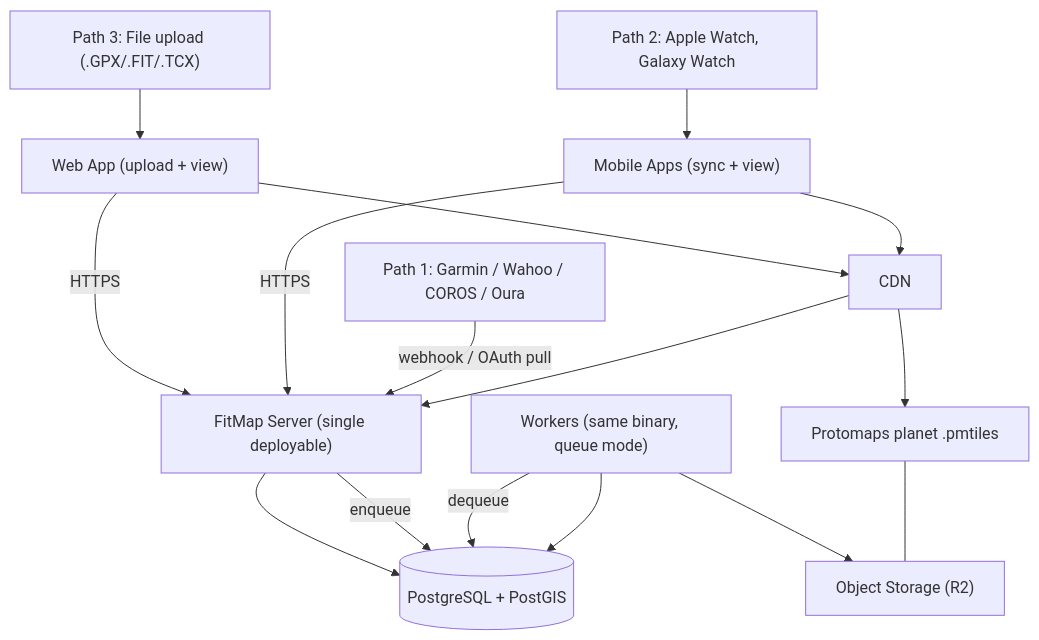
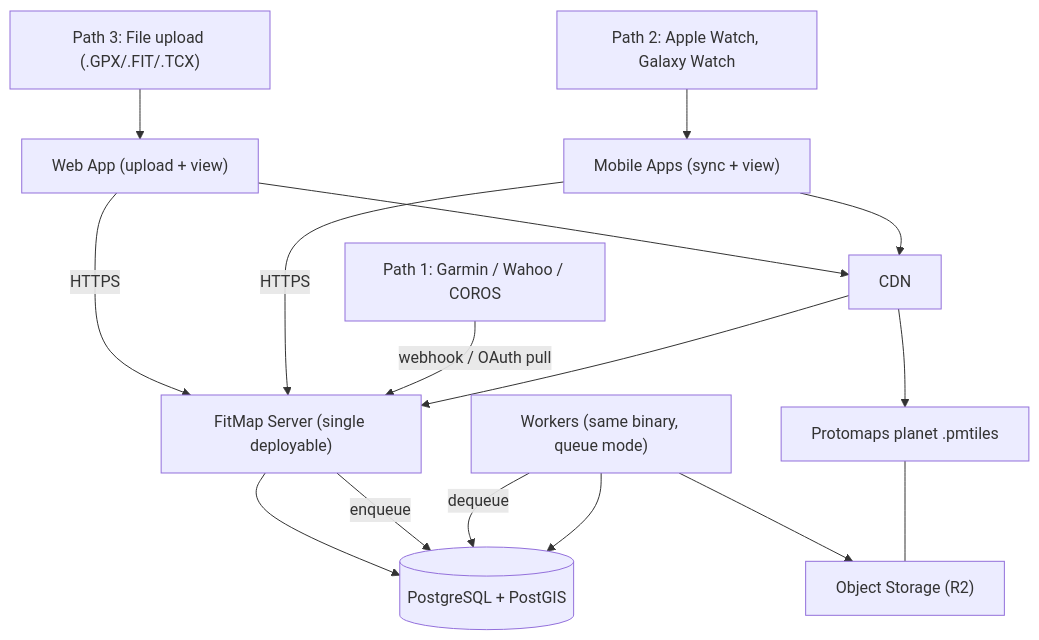
Before and after one commit to HoldMyTrack/holdmytrack: the diagram in docs/ARCHITECTURE.md, drawn with Mermaid. The commit also changed 3 other files, not shown here.

First line of the commit message:
Narrow README, ARCHITECTURE, ADR-0001, and root ROADMAP to outdoor GPS tracking

````diff
--- a/docs/ARCHITECTURE.md
+++ b/docs/ARCHITECTURE.md
@@ -31,31 +31,31 @@
 ```mermaid
 graph TD
     Files["Path 3: File upload (.GPX/.FIT/.TCX)"]
-    Cloud["Path 1: Garmin / Wahoo / COROS / Oura"]
+    Cloud["Path 1: Garmin / Wahoo / COROS"]
     Device["Path 2: Apple Watch, Galaxy Watch"]
 
     Web["Web App (upload + view)"]
     Mobile["Mobile Apps (sync + view)"]
     Api["FitMap Server (single deployable)"]
     Worker["Workers (same binary, queue mode)"]
     CDN["CDN"]
     Basemap["Protomaps planet .pmtiles"]
     Store["Object Storage (R2)"]
     PG[("PostgreSQL + PostGIS")]
 
     Files --> Web
     Device --> Mobile
     Web -->|HTTPS| Api
     Mobile -->|HTTPS| Api
     Cloud -->|webhook / OAuth pull| Api
     Web --> CDN
     Mobile --> CDN
     CDN --> Api
     CDN --> Basemap
     Api --> PG
     Api -->|enqueue| PG
     Worker -->|dequeue| PG
     Worker --> Store
     Worker --> PG
     Basemap --- Store
 ```
````
